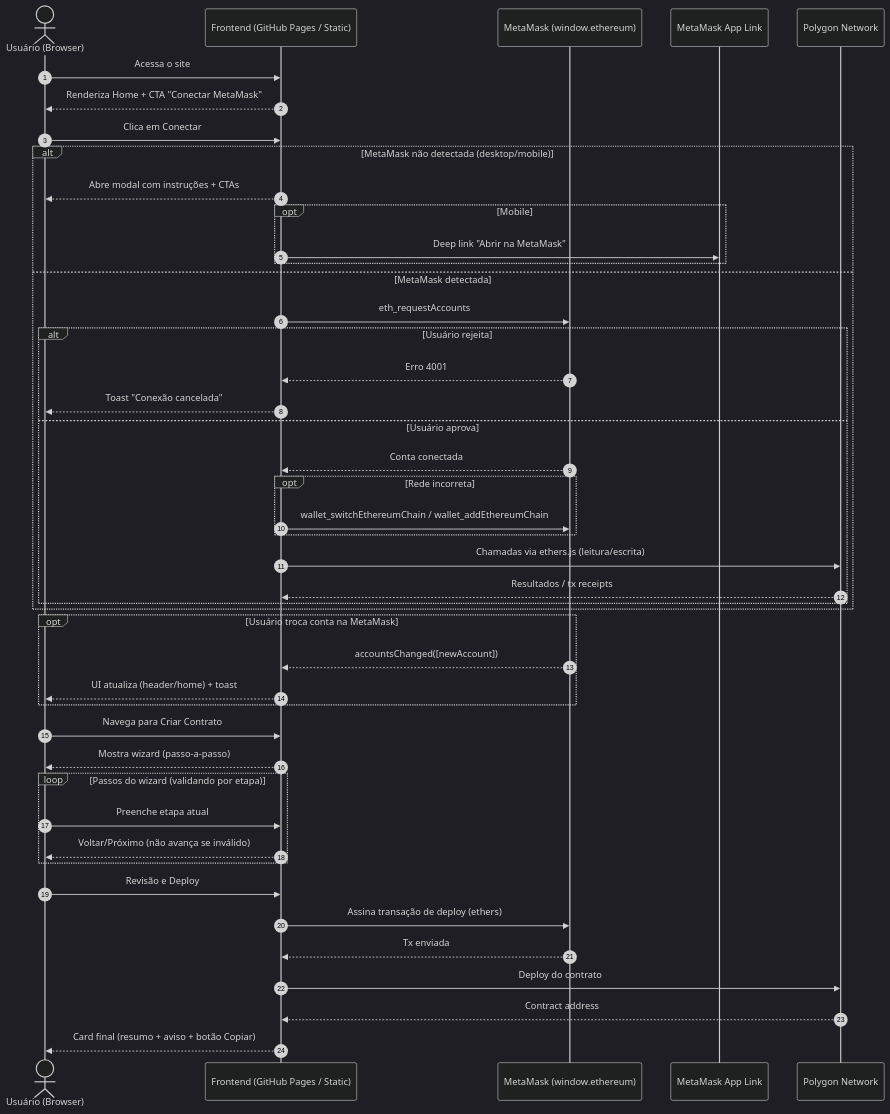
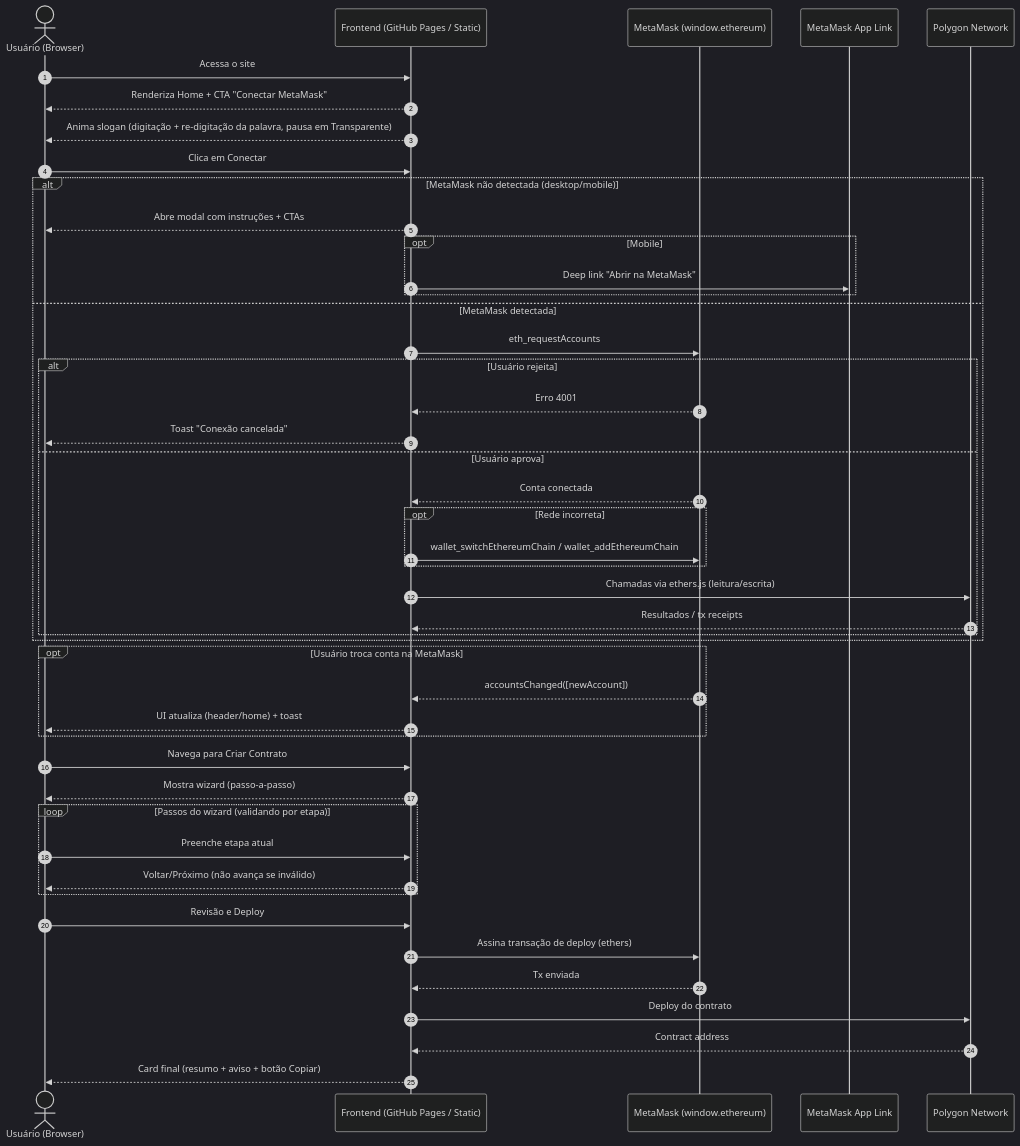
One commit to Dkubitz/Deal-FiV2 changed the diagram in .architecture/runtime.mmd. Above: the diagram before and after it, drawn with Mermaid (dark theme). The commit also changed 3 other files, not shown here.

First line of the commit message:
feat: slogan com digitaÃ§Ã£o e pausa no destaque

```diff
--- a/.architecture/runtime.mmd
+++ b/.architecture/runtime.mmd
@@ -1,49 +1,50 @@
 sequenceDiagram
   autonumber
   actor U as Usuário (Browser)
   participant FE as Frontend (GitHub Pages / Static)
   participant MM as MetaMask (window.ethereum)
   participant MMDL as MetaMask App Link
   participant PX as Polygon Network
 
   U->>FE: Acessa o site
   FE-->>U: Renderiza Home + CTA "Conectar MetaMask"
+  FE-->>U: Anima slogan (digitação + re-digitação da palavra, pausa em Transparente)
 
   U->>FE: Clica em Conectar
   alt MetaMask não detectada (desktop/mobile)
     FE-->>U: Abre modal com instruções + CTAs
     opt Mobile
       FE->>MMDL: Deep link "Abrir na MetaMask"
     end
   else MetaMask detectada
     FE->>MM: eth_requestAccounts
     alt Usuário rejeita
       MM-->>FE: Erro 4001
       FE-->>U: Toast "Conexão cancelada"
     else Usuário aprova
       MM-->>FE: Conta conectada
       opt Rede incorreta
         FE->>MM: wallet_switchEthereumChain / wallet_addEthereumChain
       end
       FE->>PX: Chamadas via ethers.js (leitura/escrita)
       PX-->>FE: Resultados / tx receipts
     end
   end
 
   opt Usuário troca conta na MetaMask
     MM-->>FE: accountsChanged([newAccount])
     FE-->>U: UI atualiza (header/home) + toast
   end
 
   U->>FE: Navega para Criar Contrato
   FE-->>U: Mostra wizard (passo-a-passo)
   loop Passos do wizard (validando por etapa)
     U->>FE: Preenche etapa atual
     FE-->>U: Voltar/Próximo (não avança se inválido)
   end
   U->>FE: Revisão e Deploy
   FE->>MM: Assina transação de deploy (ethers)
   MM-->>FE: Tx enviada
   FE->>PX: Deploy do contrato
   PX-->>FE: Contract address
   FE-->>U: Card final (resumo + aviso + botão Copiar)
```
